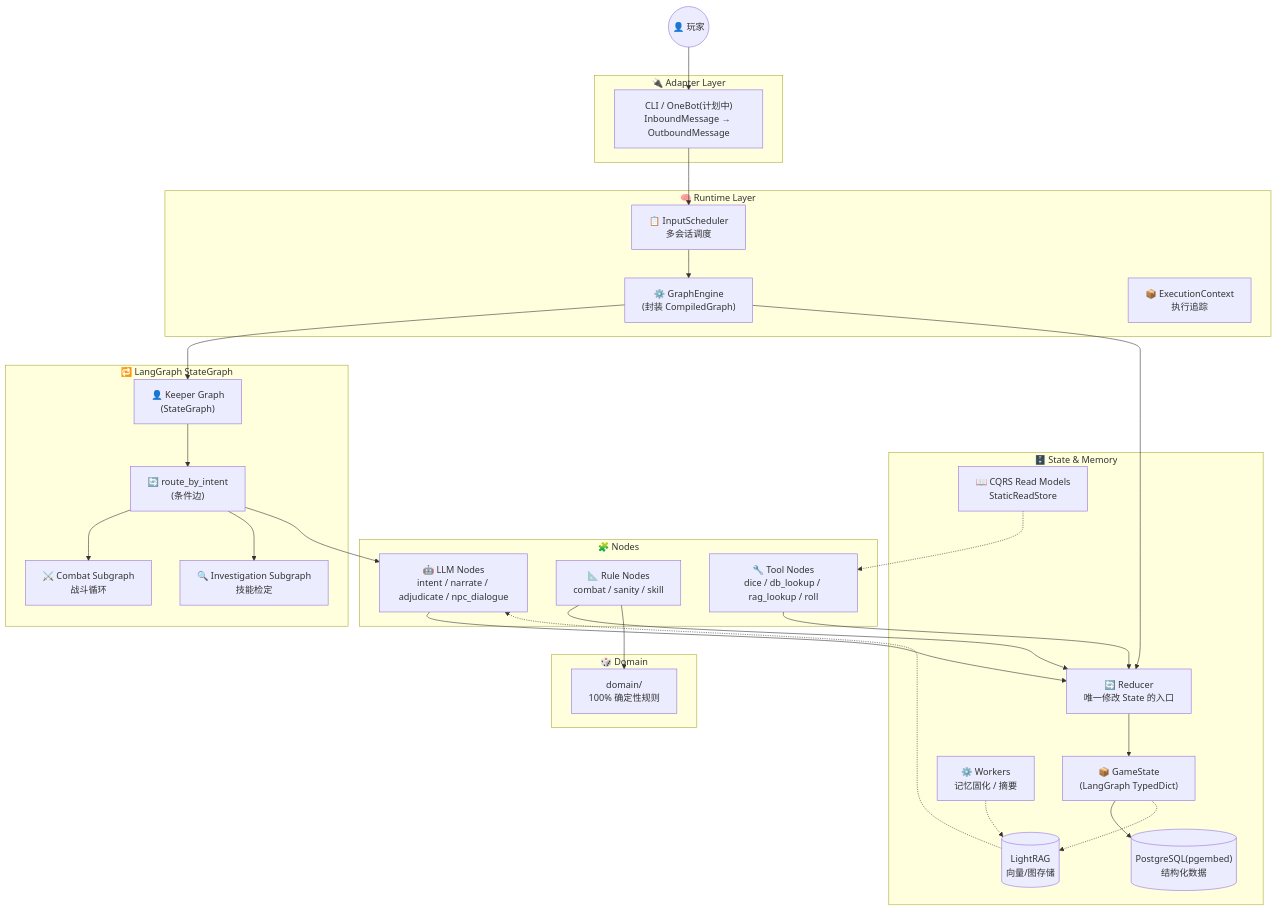
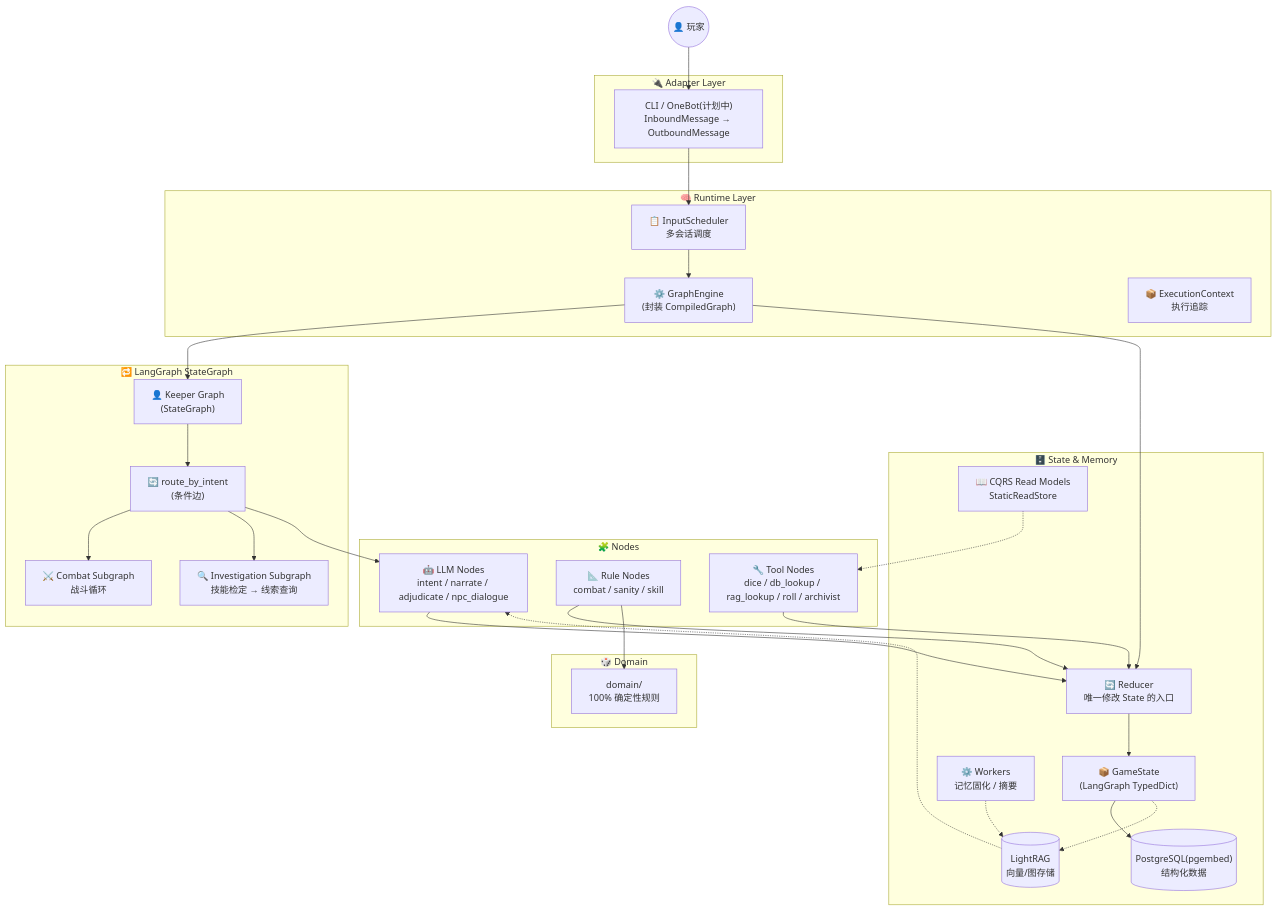
The first of 2 diagrams in README.md (pineoncellar/glyphkeeper), drawn with Mermaid before and after one commit. The commit also changed other lines of this file, not shown here.

````diff
--- a/README.md
+++ b/README.md
@@ -38,63 +38,63 @@
 ```mermaid
 graph TB
     Player((👤 玩家))
 
     subgraph "🔌 Adapter Layer"
         Adapter["CLI / OneBot(计划中)<br/>InboundMessage → OutboundMessage"]
     end
 
     subgraph "🧠 Runtime Layer"
         Engine["⚙️ GraphEngine<br/>(封装 CompiledGraph)"]
         Scheduler["📋 InputScheduler<br/>多会话调度"]
         Ctx["📦 ExecutionContext<br/>执行追踪"]
     end
 
     subgraph "🔁 LangGraph StateGraph"
         Keeper["👤 Keeper Graph<br/>(StateGraph<GameState>)"]
         Router["🔄 route_by_intent<br/>(条件边)"]
         Combat["⚔️ Combat Subgraph<br/>战斗循环"]
-        Investigate["🔍 Investigation Subgraph<br/>技能检定"]
+        Investigate["🔍 Investigation Subgraph<br/>技能检定 → 线索查询"]
     end
 
     subgraph "🧩 Nodes"
         LLMN["🤖 LLM Nodes<br/>intent / narrate / adjudicate / npc_dialogue"]
         RuleN["📐 Rule Nodes<br/>combat / sanity / skill"]
-        ToolN["🔧 Tool Nodes<br/>dice / db_lookup / rag_lookup / roll"]
+        ToolN["🔧 Tool Nodes<br/>dice / db_lookup / rag_lookup / roll / archivist"]
     end
 
     subgraph "🗄️ State & Memory"
         State["📦 GameState<br/>(LangGraph TypedDict)"]
         Reducer["🔄 Reducer<br/>唯一修改 State 的入口"]
         PG[("PostgreSQL(pgembed)<br/>结构化数据")]
         RAG[("LightRAG<br/>向量/图存储")]
         Workers["⚙️ Workers<br/>记忆固化 / 摘要"]
         CQRS["📖 CQRS Read Models<br/>StaticReadStore"]
     end
 
     subgraph "🎲 Domain"
         Domain["domain/<br/>100% 确定性规则"]
     end
 
     Player --> Adapter
     Adapter --> Scheduler
     Scheduler --> Engine
     Engine --> Keeper
 
     Keeper --> Router
     Router --> Combat
     Router --> Investigate
     Router --> LLMN
 
     Engine --> Reducer
     LLMN --> Reducer
     RuleN --> Reducer
     ToolN --> Reducer
     Reducer --> State
 
     State --> PG
     State -.-> RAG
     RAG -.-> LLMN
     Workers -.-> RAG
     CQRS -.-> ToolN
     RuleN --> Domain
 ```
````
